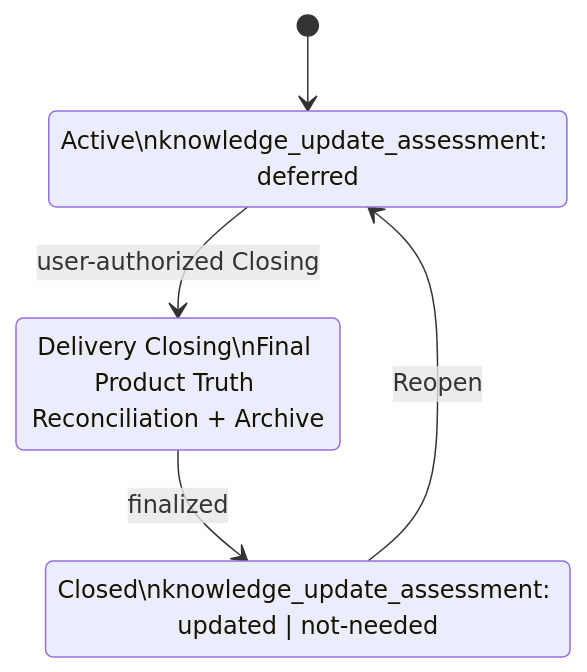
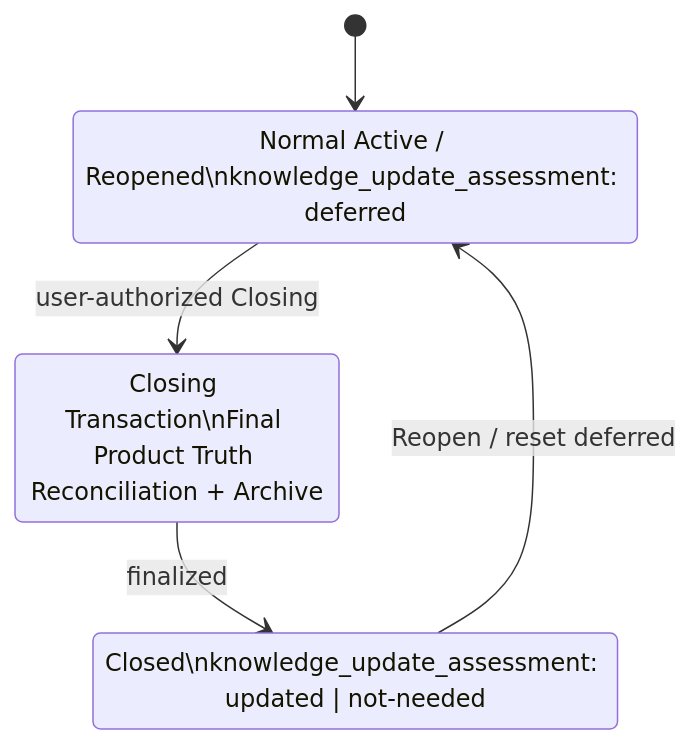
Before and after one commit to cnxutu/tu-engineering-workbench: the second of 2 diagrams in docs/workflows/feature-delivery/README.md, drawn with Mermaid. The commit also changed other lines of this file and 1 other file, not shown here.

Commit message:
feat(流程图): 更新流程图1
1

````diff
--- a/docs/workflows/feature-delivery/README.md
+++ b/docs/workflows/feature-delivery/README.md
@@ -171,10 +171,10 @@
 ```mermaid
 stateDiagram-v2
-    [*] --> ACTIVE_DEFERRED
-    ACTIVE_DEFERRED: Active\nknowledge_update_assessment: deferred
-    CLOSING: Delivery Closing\nFinal Product Truth Reconciliation + Archive
+    [*] --> NORMAL_ACTIVE
+    NORMAL_ACTIVE: Normal Active / Reopened\nknowledge_update_assessment: deferred
+    CLOSING: Closing Transaction\nFinal Product Truth Reconciliation + Archive
     CLOSED: Closed\nknowledge_update_assessment: updated | not-needed
-    ACTIVE_DEFERRED --> CLOSING: user-authorized Closing
+    NORMAL_ACTIVE --> CLOSING: user-authorized Closing
     CLOSING --> CLOSED: finalized
-    CLOSED --> ACTIVE_DEFERRED: Reopen
+    CLOSED --> NORMAL_ACTIVE: Reopen / reset deferred
 ```
````
